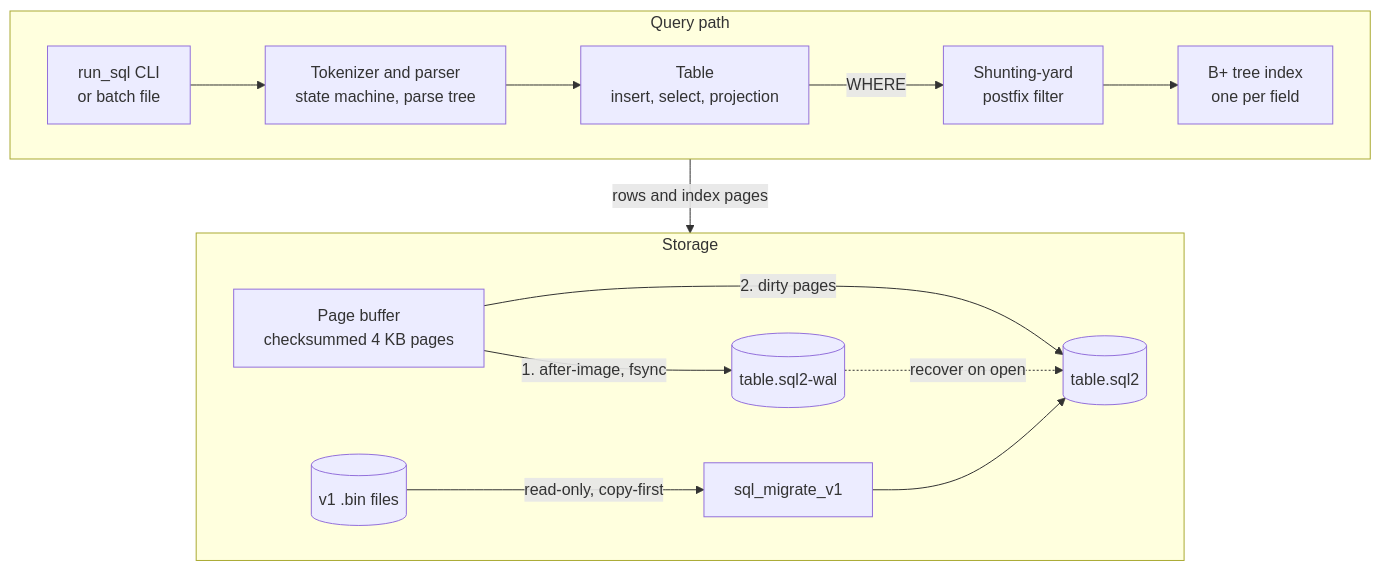
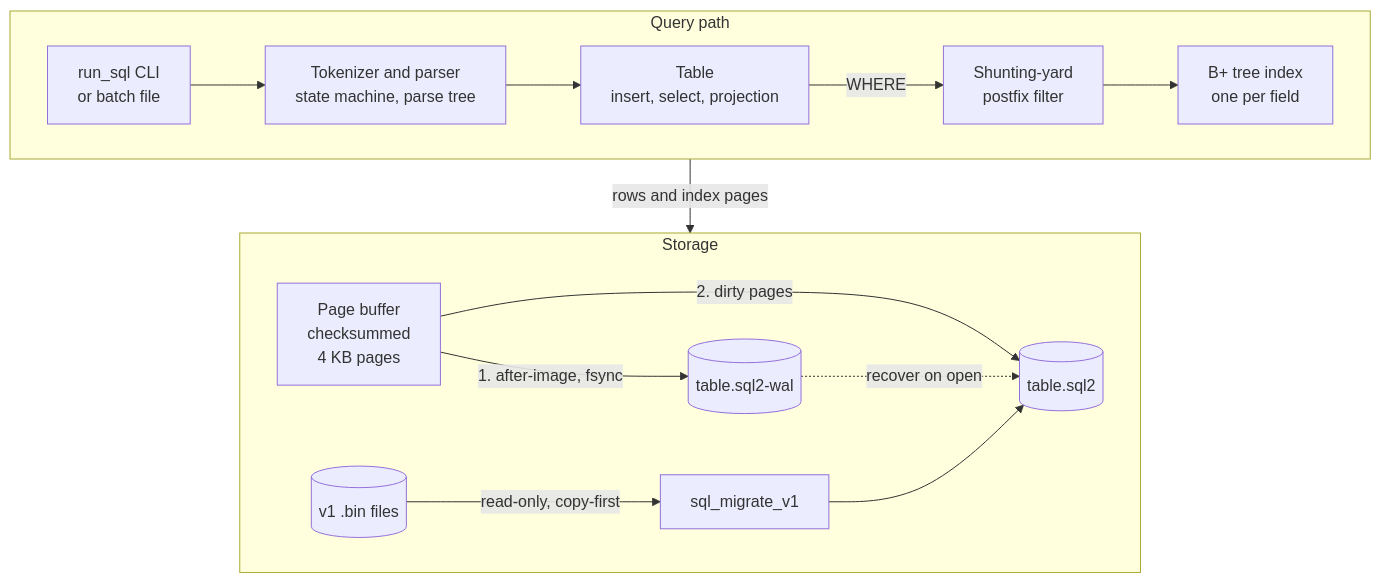
The diagram in docs/architecture.mmd (hskl18/SQL), drawn with Mermaid before and after one commit. The commit also changed 2 other files, not shown here.

Commit message:
docs: tighten wording from the second review and say how the diagram is rendered

```diff
--- a/docs/architecture.mmd
+++ b/docs/architecture.mmd
@@ -1,18 +1,18 @@
 flowchart TB
   subgraph query["Query path"]
     direction LR
     CLI["run_sql CLI<br/>or batch file"] --> Parser["Tokenizer and parser<br/>state machine, parse tree"]
     Parser --> Table["Table<br/>insert, select, projection"]
     Table -->|"WHERE"| Filter["Shunting-yard<br/>postfix filter"]
     Filter --> Index["B+ tree index<br/>one per field"]
   end
   subgraph storage["Storage"]
     direction LR
-    Pages["Page buffer<br/>checksummed 4 KB pages"] -->|"1. after-image, fsync"| WAL[("table.sql2-wal")]
+    Pages["Page buffer<br/>checksummed<br/>4 KB pages"] -->|"1. after-image, fsync"| WAL[("table.sql2-wal")]
     Pages -->|"2. dirty pages"| Data[("table.sql2")]
     WAL -.->|"recover on open"| Data
     Legacy[("v1 .bin files")] -->|"read-only, copy-first"| Migrate["sql_migrate_v1"]
     Migrate --> Data
   end
   query -->|"rows and index pages"| storage
-%% Edit this file, then render architecture-light.svg and architecture-dark.svg from it again.
+%% Edit this file; the owner renders architecture-light.svg and architecture-dark.svg from it with a shared theme.
```
